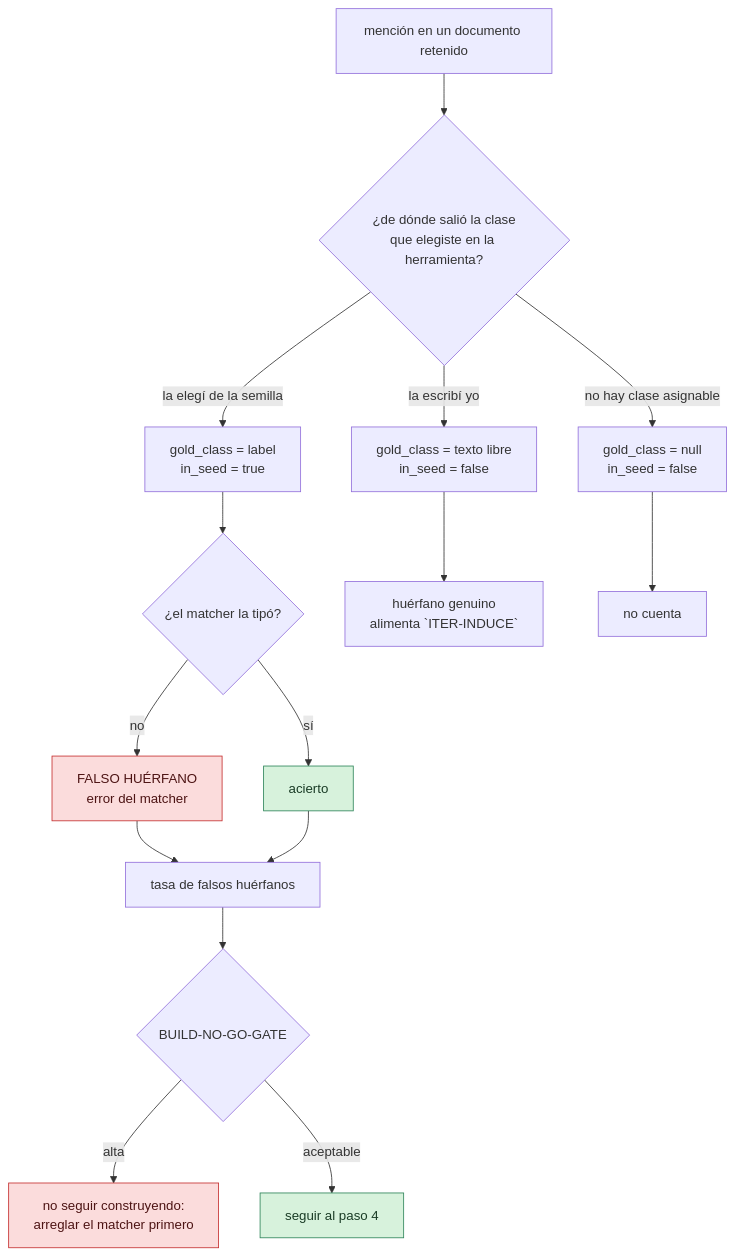
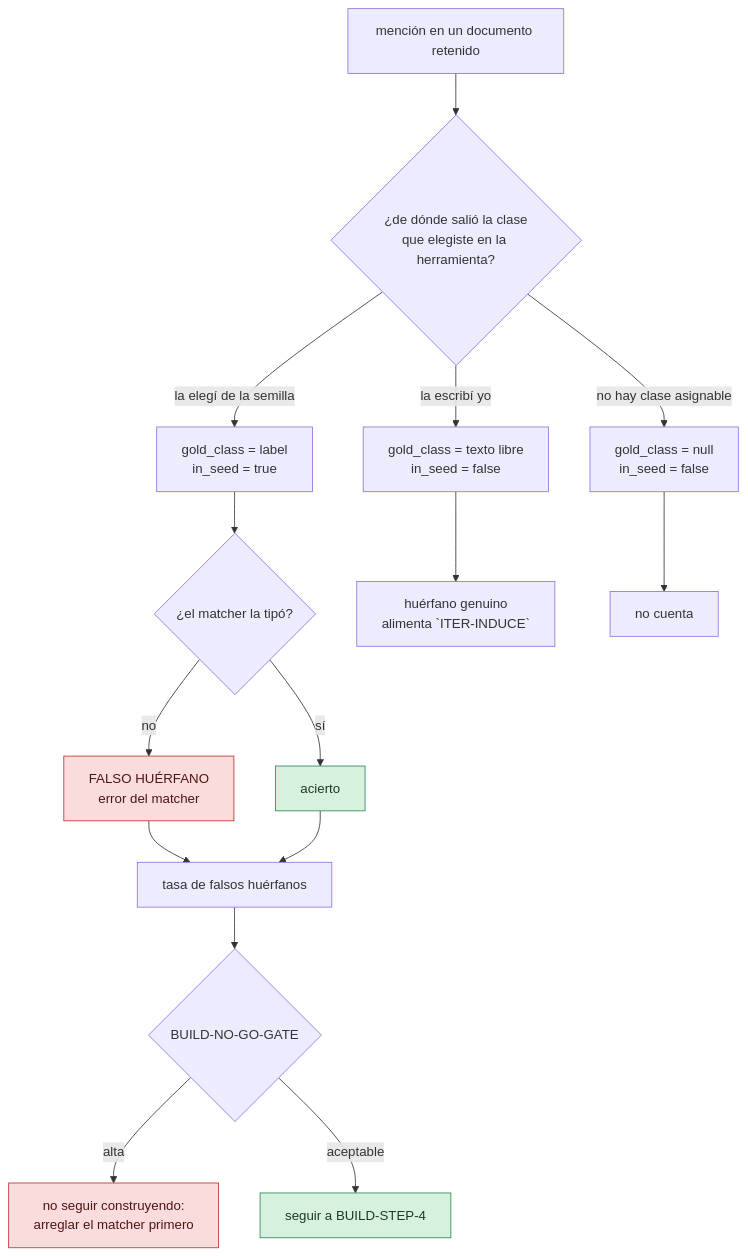
Before and after one commit to gonzatorte/ontology_and_llm_pipeline: the third of 3 diagrams in README.md, drawn with Mermaid. The commit also changed other lines of this file and 23 other files, not shown here.

````diff
--- a/README.md
+++ b/README.md
@@ -954,24 +954,24 @@
 ```mermaid
 flowchart TB
   M["mención en un documento retenido"] --> Q{"¿de dónde salió la clase<br/>que elegiste en la herramienta?"}
   Q -->|"la elegí de la semilla"| S["gold_class = label<br/>in_seed = true"]
   Q -->|"la escribí yo"| N["gold_class = texto libre<br/>in_seed = false"]
   Q -->|"no hay clase asignable"| X["gold_class = null<br/>in_seed = false"]
 
   S --> R{"¿el matcher la tipó?"}
   R -->|"sí"| HIT["acierto"]
   R -->|"no"| FO["FALSO HUÉRFANO<br/>error del matcher"]
   N --> GO["huérfano genuino<br/>alimenta `ITER-INDUCE`"]
   X --> NC["no cuenta"]
 
   FO --> RATE["tasa de falsos huérfanos"]
   HIT --> RATE
   RATE --> GATE{"`BUILD-NO-GO-GATE`"}
   GATE -->|"alta"| STOP["no seguir construyendo:<br/>arreglar el matcher primero"]
-  GATE -->|"aceptable"| GO2["seguir al paso 4"]
+  GATE -->|"aceptable"| GO2["seguir a BUILD-STEP-4"]
 
   classDef bad fill:#fbdcdc,stroke:#c53030,color:#4d1414
   classDef good fill:#d7f2dc,stroke:#2f855a,color:#1a3c26
   class FO,STOP bad
   class HIT,GO2 good
 ```
````
